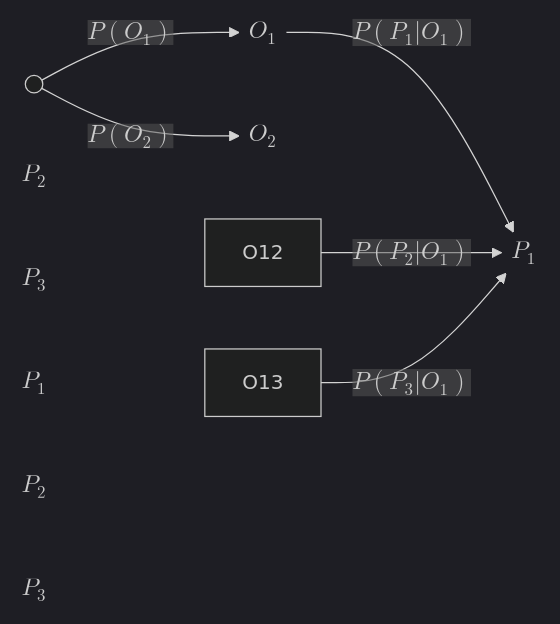
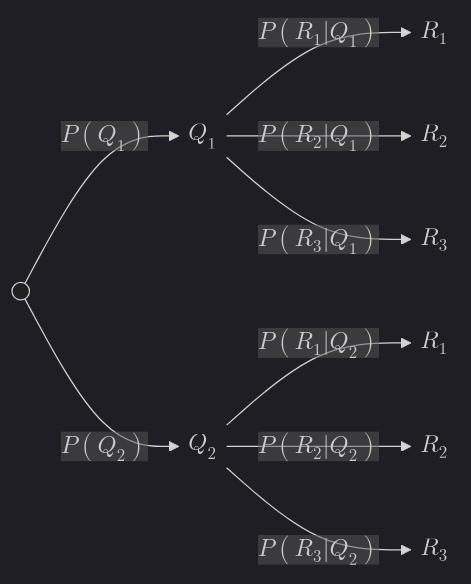
Before and after one commit to martinstanicio/ingenieria-en-sistemas: the diagram in Probabilidades y Estadísticas/Diagrama de árbol.md, drawn with Mermaid (dark theme). The commit also changed other lines of this file and 1 other file, not shown here.

Commit message:
vault backup: 2025-06-22 17:20:13

````diff
--- a/Probabilidades y Estadísticas/Diagrama de árbol.md
+++ b/Probabilidades y Estadísticas/Diagrama de árbol.md
@@ -13,18 +13,21 @@
 ```mermaid
 flowchart LR
-    R@{ shape: sm-circ }
-    O11@{ shape: text, label: "$$O_1$$" }
-    P11@{ shape: text, label: "$$P_1$$" }
-    P12@{ shape: text, label: "$$P_2$$" }
-    P13@{ shape: text, label: "$$P_3$$" }
-    O21@{ shape: text, label: "$$O_2$$" }
-    P21@{ shape: text, label: "$$P_1$$" }
-    P22@{ shape: text, label: "$$P_2$$" }
-    P23@{ shape: text, label: "$$P_3$$" }
+    A@{ shape: sm-circ }
+    Q11@{ shape: text, label: "$$Q_1$$" }
+    R11@{ shape: text, label: "$$R_1$$" }
+    R12@{ shape: text, label: "$$R_2$$" }
+    R13@{ shape: text, label: "$$R_3$$" }
+    Q21@{ shape: text, label: "$$Q_2$$" }
+    R21@{ shape: text, label: "$$R_1$$" }
+    R22@{ shape: text, label: "$$R_2$$" }
+    R23@{ shape: text, label: "$$R_3$$" }
     
-    R --> |"$$P \left( O_1 \right)$$"| O11
-    R --> |"$$P \left( O_2 \right)$$"| O21
-    O11 --> |"$$P \left( P_1 \vert O_1 \right)$$"| P11
-    O12 --> |"$$P \left( P_2 \vert O_1 \right)$$"| P11
-    O13 --> |"$$P \left( P_3 \vert O_1 \right)$$"| P11
+    A --> |"$$P \left( Q_1 \right)$$"| Q11
+    A --> |"$$P \left( Q_2 \right)$$"| Q21
+    Q11 --> |"$$P \left( R_1 \vert Q_1 \right)$$"| R11
+    Q11 --> |"$$P \left( R_2 \vert Q_1 \right)$$"| R12
+    Q11 --> |"$$P \left( R_3 \vert Q_1 \right)$$"| R13
+    Q21 --> |"$$P \left( R_1 \vert Q_2 \right)$$"| R21
+    Q21 --> |"$$P \left( R_2 \vert Q_2 \right)$$"| R22
+    Q21 --> |"$$P \left( R_3 \vert Q_2 \right)$$"| R23
 ```
````
